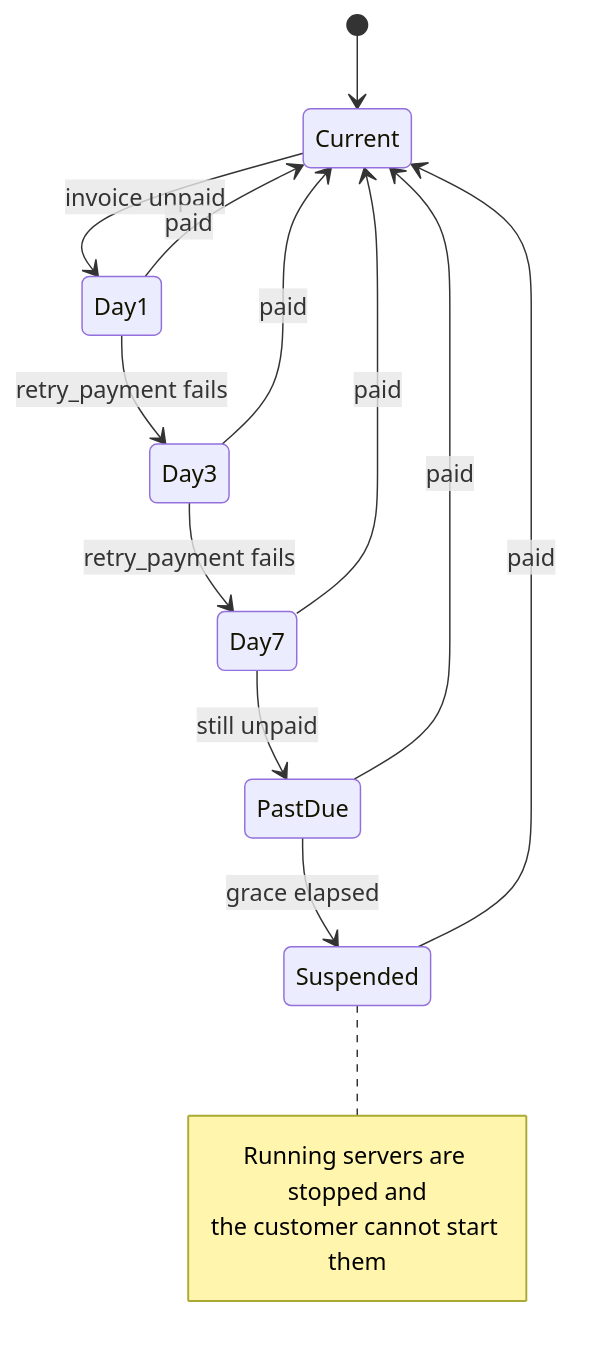
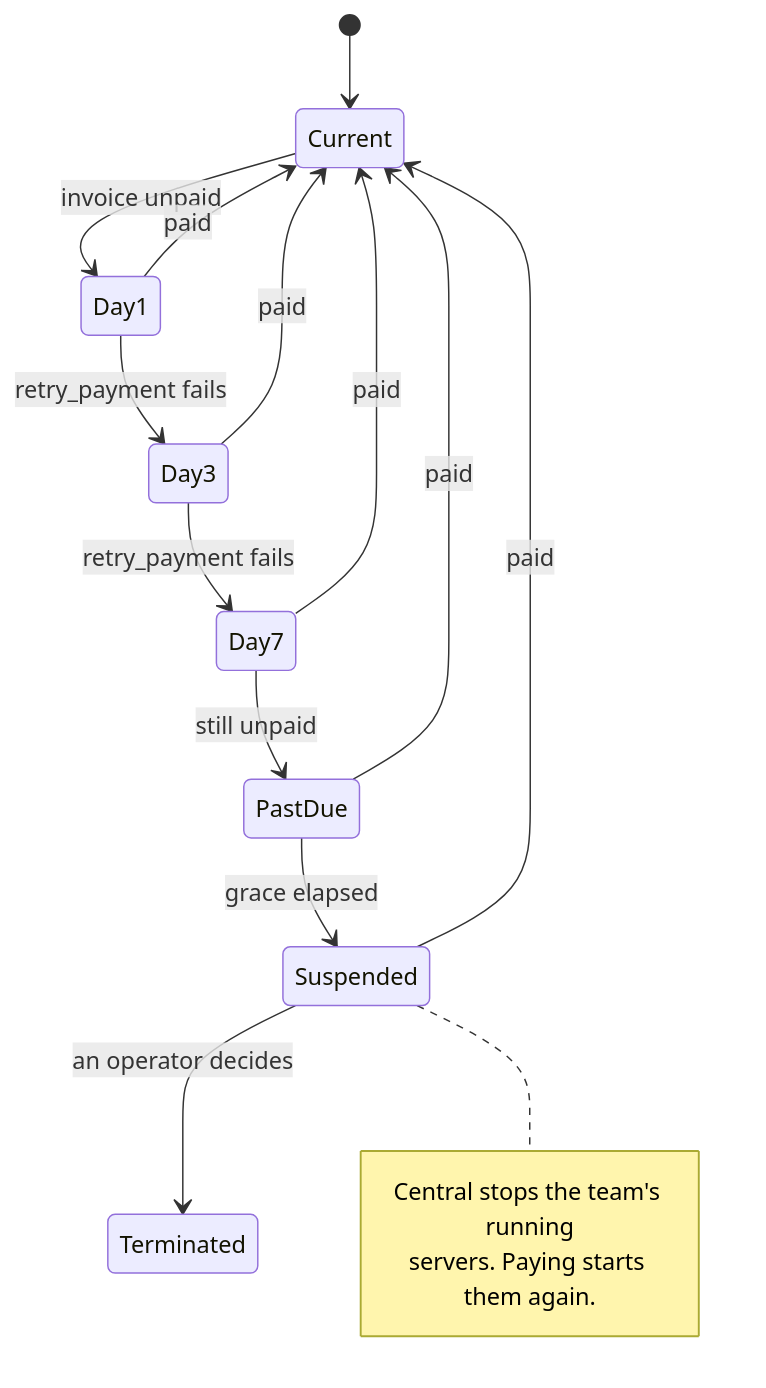
The seventh of 8 diagrams in central/billing/ARCHITECTURE.md (AryamanSharma14/central), drawn with Mermaid before and after one commit. The commit also changed other lines of this file and 24 other files, not shown here.

````diff
--- a/central/billing/ARCHITECTURE.md
+++ b/central/billing/ARCHITECTURE.md
@@ -523,18 +535,19 @@
 ```mermaid
 stateDiagram-v2
     [*] --> Current
     Current --> Day1: invoice unpaid
     Day1 --> Day3: retry_payment fails
     Day3 --> Day7: retry_payment fails
     Day7 --> PastDue: still unpaid
     PastDue --> Suspended: grace elapsed
     Suspended --> Current: paid
+    Suspended --> Terminated: an operator decides
     Day1 --> Current: paid
     Day3 --> Current: paid
     Day7 --> Current: paid
     PastDue --> Current: paid
     note right of Suspended
-        Running servers are stopped and
-        the customer cannot start them
+        Central stops the team's running
+        servers. Paying starts them again.
     end note
 ```
````
